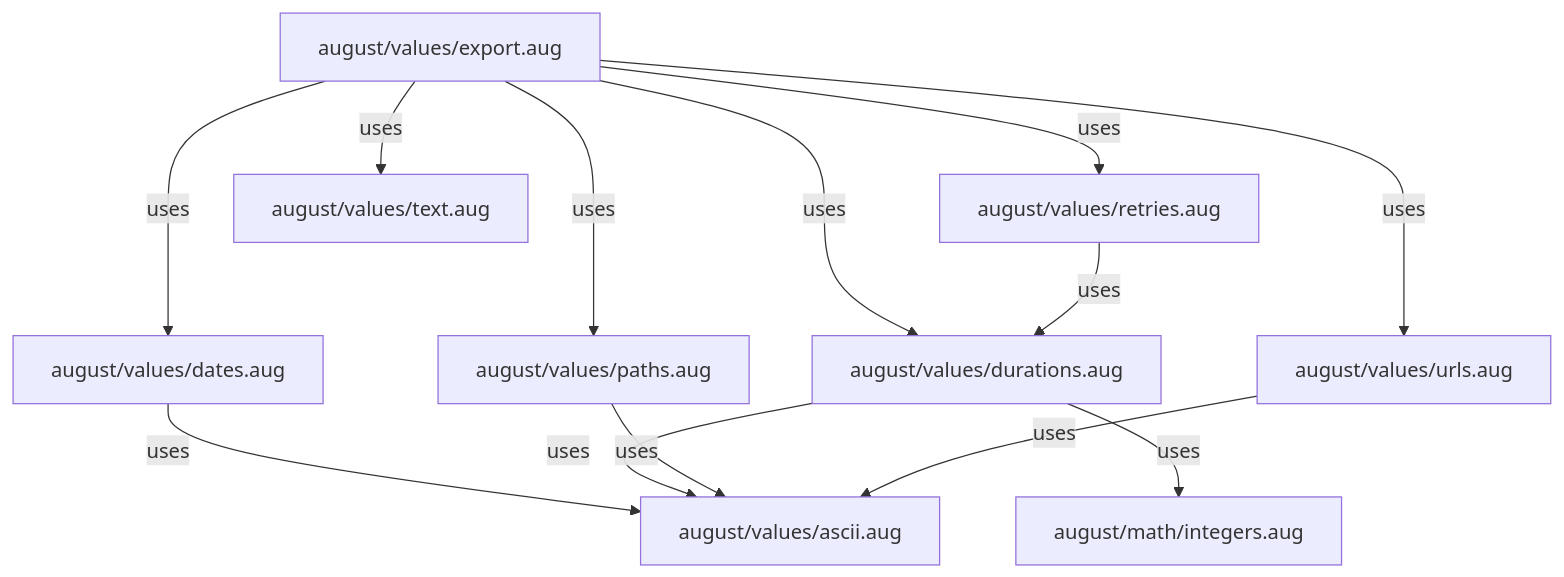
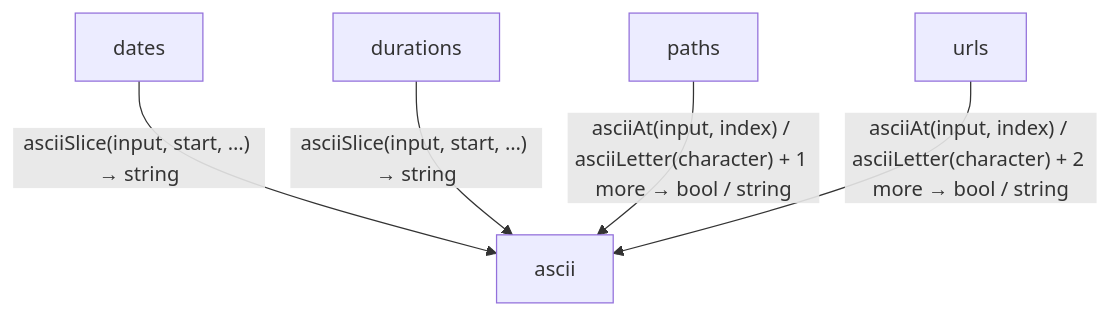
One commit to GreenPandaStudios/augscript changed the first of 2 diagrams in src/stdlib/values/.aug-spec/diagrams/index.md. Above: the diagram before and after it, drawn with Mermaid. The commit also changed other lines of this file and 524 other files, not shown here.

Commit message:
Explain checked data flow at folder and service levels

````diff
--- a/src/stdlib/values/.aug-spec/diagrams/index.md
+++ b/src/stdlib/values/.aug-spec/diagrams/index.md
@@ -19,24 +9,12 @@
 ```mermaid
 flowchart TD
-    n0["august/math/integers.aug"]
-    n1["august/values/ascii.aug"]
-    n2["august/values/dates.aug"]
-    n3["august/values/durations.aug"]
-    n4["august/values/export.aug"]
-    n5["august/values/paths.aug"]
-    n6["august/values/retries.aug"]
-    n7["august/values/text.aug"]
-    n8["august/values/urls.aug"]
-    n2 -->|"uses"| n1
-    n3 -->|"uses"| n0
-    n3 -->|"uses"| n1
-    n4 -->|"uses"| n2
-    n4 -->|"uses"| n3
-    n4 -->|"uses"| n5
-    n4 -->|"uses"| n6
-    n4 -->|"uses"| n7
-    n4 -->|"uses"| n8
-    n5 -->|"uses"| n1
-    n6 -->|"uses"| n3
-    n8 -->|"uses"| n1
+    n0["ascii"]
+    n1["dates"]
+    n2["durations"]
+    n3["paths"]
+    n4["urls"]
+    n1 -->|"asciiSlice(input, start, …) → string"| n0
+    n2 -->|"asciiSlice(input, start, …) → string"| n0
+    n3 -->|"asciiAt(input, index) / asciiLetter(character) + 1 more → bool / string"| n0
+    n4 -->|"asciiAt(input, index) / asciiLetter(character) + 2 more → bool / string"| n0
 ```
````
